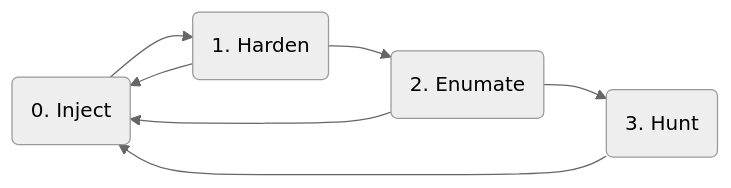
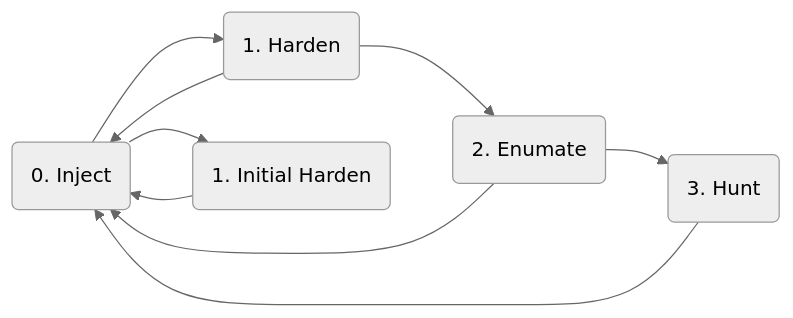
Before and after one commit to xnorkl/cyberdefenseclub: the second of 2 diagrams in playbook/README.md, drawn with Mermaid (neutral theme). The commit also changed other lines of this file, not shown here.

````diff
--- a/playbook/README.md
+++ b/playbook/README.md
@@ -44,9 +44,12 @@
  ```mermaid
 graph LR
-A(0. Inject) --> B(1. Harden)
+
+A --> B(1. Harden)
 B --> C(2. Enumate)
 C --> D(3. Hunt)
 B --> A
 C --> A
 D --> A
+A(0. Inject) --> E(1. Initial Harden)
+E --> A
 ```
````
